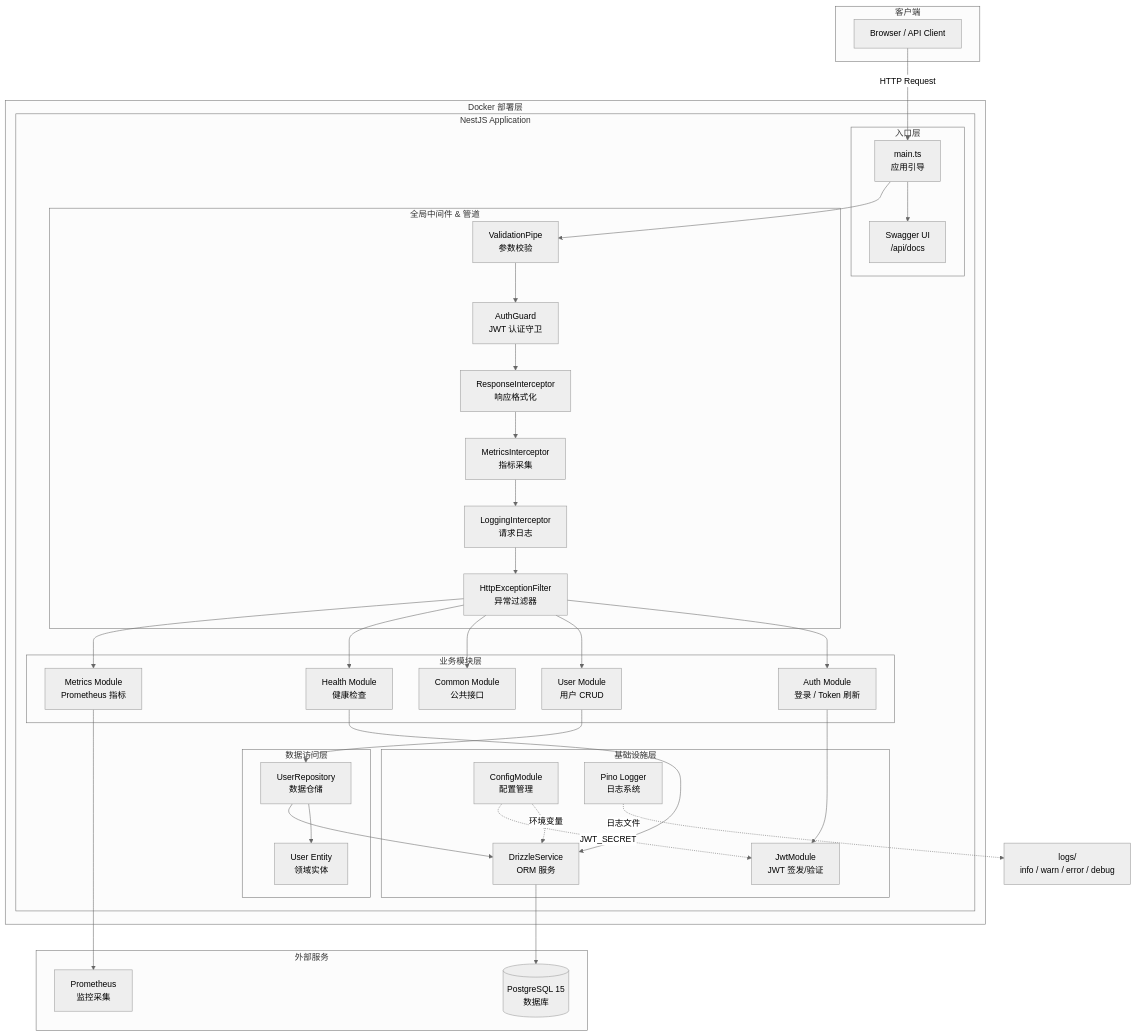
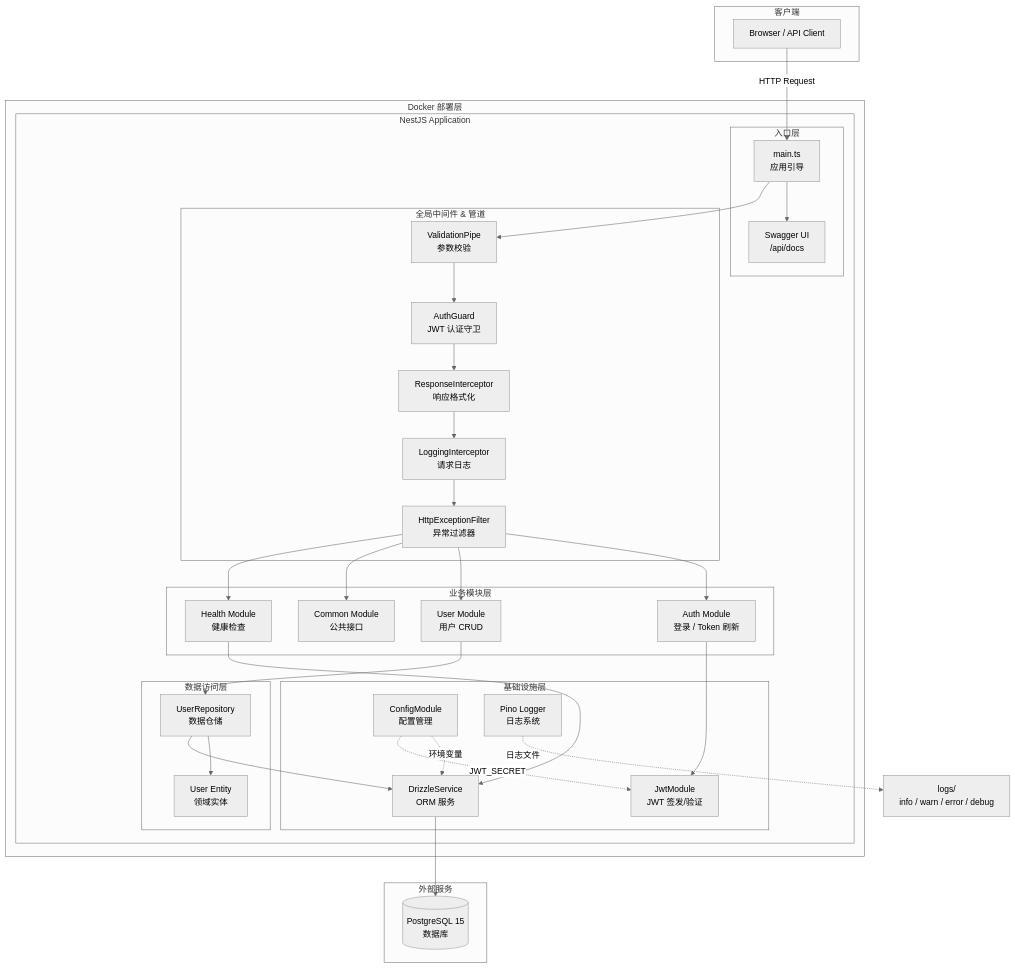
One commit to 1cli-team/one-cli changed the first of 3 diagrams in packages/templates/nestjs-api/README.md. Above: the diagram before and after it, drawn with Mermaid (neutral theme). The commit also changed other lines of this file and 167 other files, not shown here.

````diff
--- a/packages/templates/nestjs-api/README.md
+++ b/packages/templates/nestjs-api/README.md
@@ -7,75 +7,70 @@
 ```mermaid
 graph TB
     subgraph Client["客户端"]
         Browser["Browser / API Client"]
     end
 
     subgraph Docker["Docker 部署层"]
         subgraph NestApp["NestJS Application"]
 
             subgraph Entry["入口层"]
                 Main["main.ts<br/>应用引导"]
                 Swagger["Swagger UI<br/>/api/docs"]
             end
 
             subgraph Middleware["全局中间件 & 管道"]
                 VP["ValidationPipe<br/>参数校验"]
                 AuthGuard["AuthGuard<br/>JWT 认证守卫"]
                 RI["ResponseInterceptor<br/>响应格式化"]
-                MI["MetricsInterceptor<br/>指标采集"]
                 LI["LoggingInterceptor<br/>请求日志"]
                 EF["HttpExceptionFilter<br/>异常过滤器"]
             end
 
             subgraph Modules["业务模块层"]
                 AuthMod["Auth Module<br/>登录 / Token 刷新"]
                 UserMod["User Module<br/>用户 CRUD"]
                 CommonMod["Common Module<br/>公共接口"]
                 HealthMod["Health Module<br/>健康检查"]
-                MetricsMod["Metrics Module<br/>Prometheus 指标"]
             end
 
             subgraph DAO["数据访问层"]
                 Repo["UserRepository<br/>数据仓储"]
                 Entity["User Entity<br/>领域实体"]
             end
 
             subgraph Infra["基础设施层"]
                 Drizzle["DrizzleService<br/>ORM 服务"]
                 Config["ConfigModule<br/>配置管理"]
                 Logger["Pino Logger<br/>日志系统"]
                 JWT["JwtModule<br/>JWT 签发/验证"]
             end
 
         end
     end
 
     subgraph External["外部服务"]
         PG[("PostgreSQL 15<br/>数据库")]
-        Prom["Prometheus<br/>监控采集"]
     end
 
     Browser -->|"HTTP Request"| Main
     Main --> Swagger
 
-    Main --> VP --> AuthGuard --> RI --> MI --> LI --> EF
+    Main --> VP --> AuthGuard --> RI --> LI --> EF
 
     EF --> AuthMod
     EF --> UserMod
     EF --> CommonMod
     EF --> HealthMod
-    EF --> MetricsMod
 
     AuthMod --> JWT
     UserMod --> Repo
     Repo --> Entity
     Repo --> Drizzle
 
     HealthMod --> Drizzle
-    MetricsMod --> Prom
 
     Drizzle --> PG
     Config -.->|"环境变量"| Drizzle
     Config -.->|"JWT_SECRET"| JWT
     Logger -.->|"日志文件"| LogFiles["logs/<br/>info / warn / error / debug"]
 ```
````
